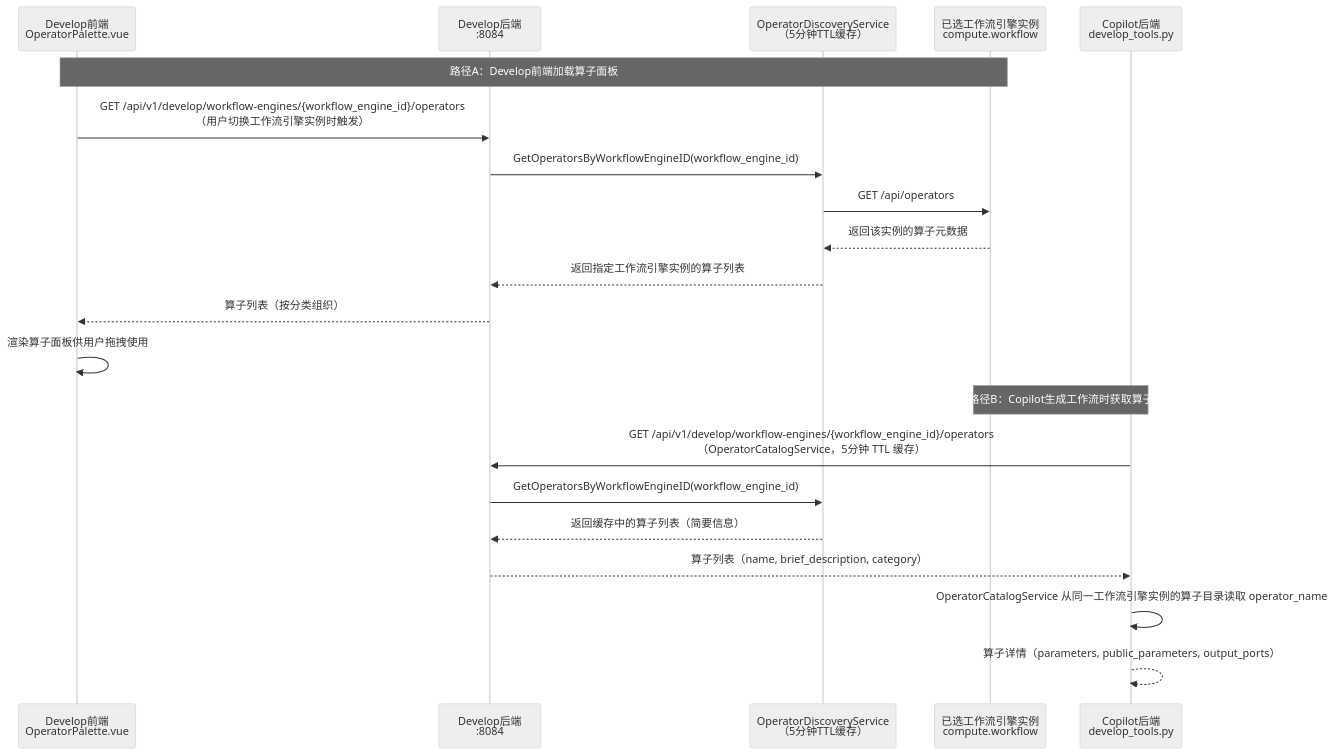
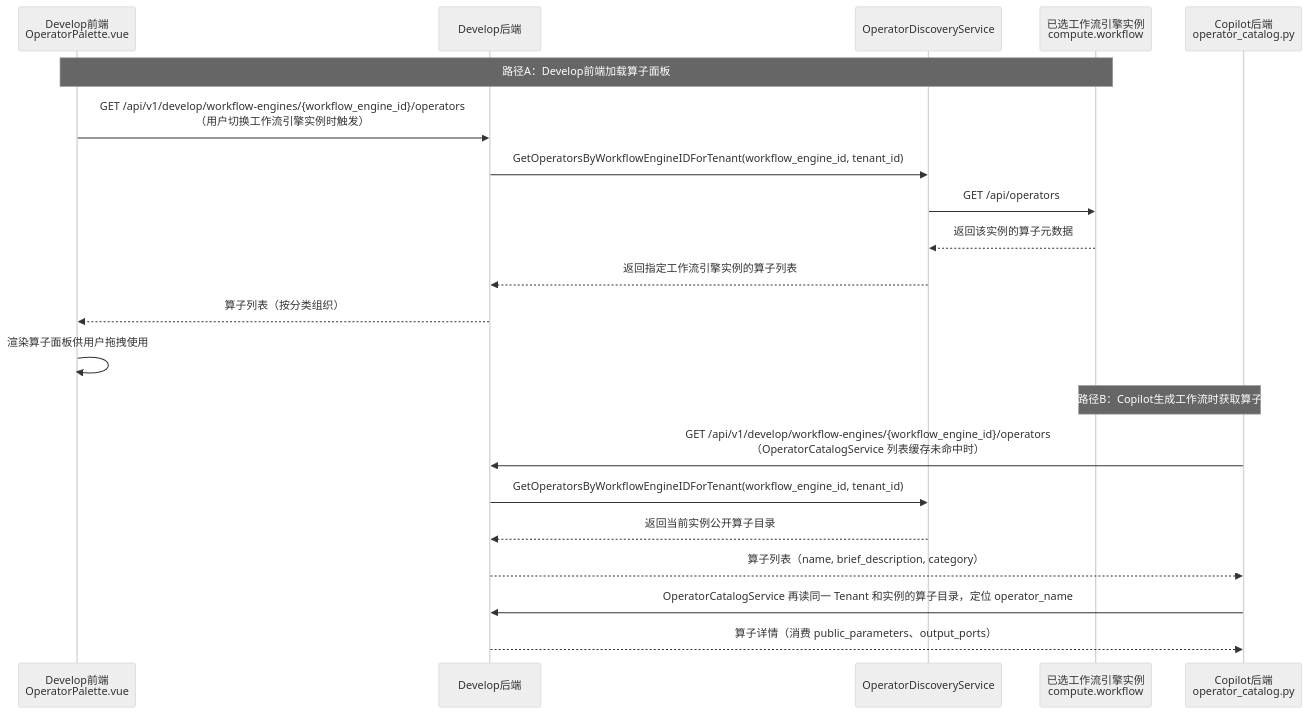
Before and after one commit to pampa0629/addp: the second of 3 diagrams in copilot/docs/copilot-develop-调用关系说明.md, drawn with Mermaid (neutral theme). The commit also changed other lines of this file and 1 other file, not shown here.

Commit message:
docs(copilot): consolidate Develop integration and operator contracts

````diff
--- a/copilot/docs/copilot-develop-调用关系说明.md
+++ b/copilot/docs/copilot-develop-调用关系说明.md
@@ -124,28 +130,28 @@
 ```mermaid
 sequenceDiagram
     participant FE as Develop前端<br/>OperatorPalette.vue
-    participant DevBE as Develop后端<br/>:8084
-    participant DiscSvc as OperatorDiscoveryService<br/>（5分钟TTL缓存）
+    participant DevBE as Develop后端
+    participant DiscSvc as OperatorDiscoveryService
     participant WorkflowEngine as 已选工作流引擎实例<br/>compute.workflow
-    participant Copilot as Copilot后端<br/>develop_tools.py
+    participant Copilot as Copilot后端<br/>operator_catalog.py
 
     note over FE,WorkflowEngine: 路径A：Develop前端加载算子面板
     FE->>DevBE: GET /api/v1/develop/workflow-engines/{workflow_engine_id}/operators<br/>（用户切换工作流引擎实例时触发）
-    DevBE->>DiscSvc: GetOperatorsByWorkflowEngineID(workflow_engine_id)
+    DevBE->>DiscSvc: GetOperatorsByWorkflowEngineIDForTenant(workflow_engine_id, tenant_id)
 
     DiscSvc->>WorkflowEngine: GET /api/operators
     WorkflowEngine-->>DiscSvc: 返回该实例的算子元数据
 
     DiscSvc-->>DevBE: 返回指定工作流引擎实例的算子列表
     DevBE-->>FE: 算子列表（按分类组织）
     FE->>FE: 渲染算子面板供用户拖拽使用
 
     note over Copilot,WorkflowEngine: 路径B：Copilot生成工作流时获取算子
-    Copilot->>DevBE: GET /api/v1/develop/workflow-engines/{workflow_engine_id}/operators<br/>（OperatorCatalogService，5分钟 TTL 缓存）
-    DevBE->>DiscSvc: GetOperatorsByWorkflowEngineID(workflow_engine_id)
-    DiscSvc-->>DevBE: 返回缓存中的算子列表（简要信息）
+    Copilot->>DevBE: GET /api/v1/develop/workflow-engines/{workflow_engine_id}/operators<br/>（OperatorCatalogService 列表缓存未命中时）
+    DevBE->>DiscSvc: GetOperatorsByWorkflowEngineIDForTenant(workflow_engine_id, tenant_id)
+    DiscSvc-->>DevBE: 返回当前实例公开算子目录
     DevBE-->>Copilot: 算子列表（name, brief_description, category）
 
-    Copilot->>Copilot: OperatorCatalogService 从同一工作流引擎实例的算子目录读取 operator_name
-    Copilot-->>Copilot: 算子详情（parameters, public_parameters, output_ports）
+    Copilot->>DevBE: OperatorCatalogService 再读同一 Tenant 和实例的算子目录，定位 operator_name
+    DevBE-->>Copilot: 算子详情（消费 public_parameters、output_ports）
 ```
````
